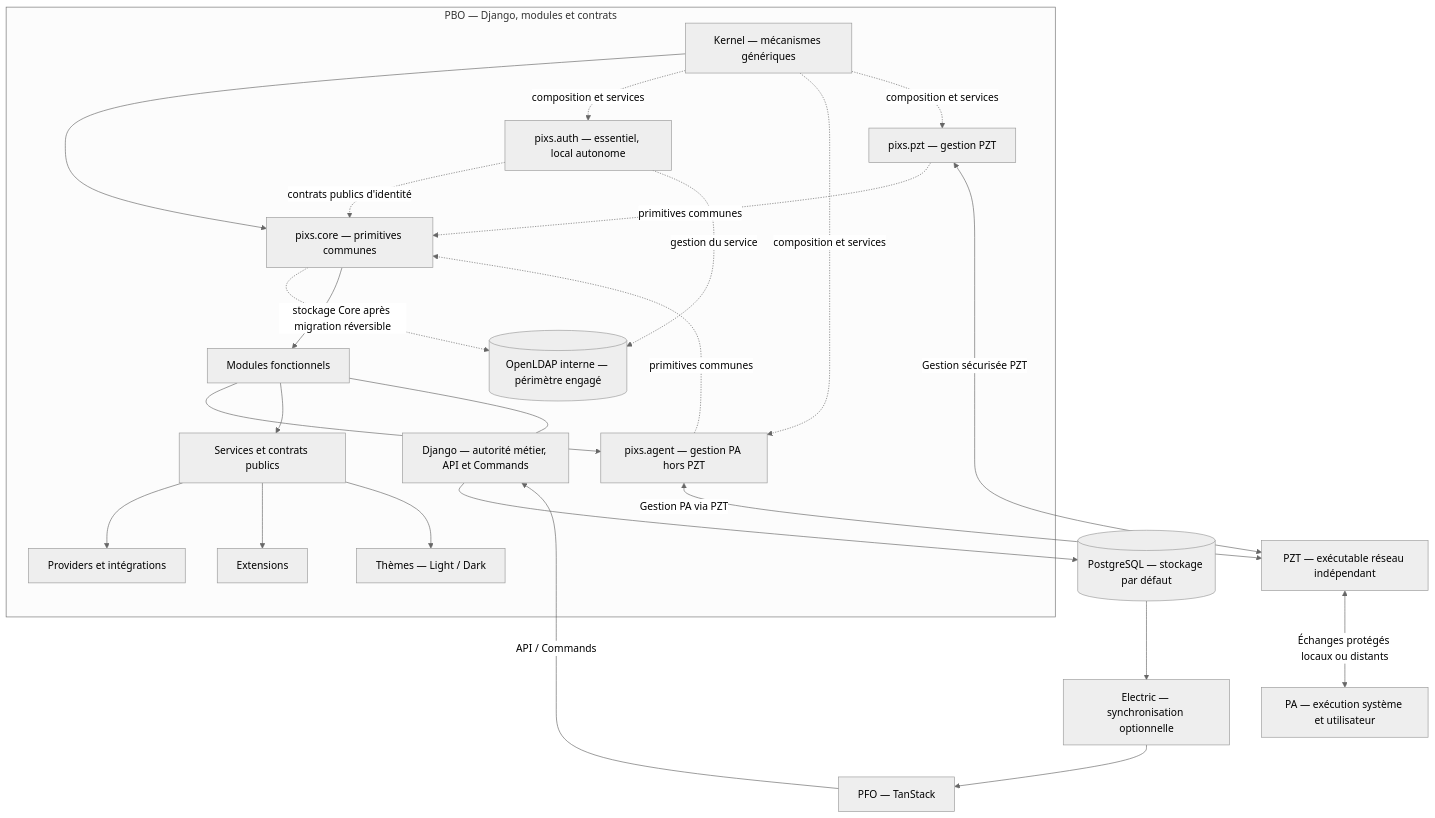
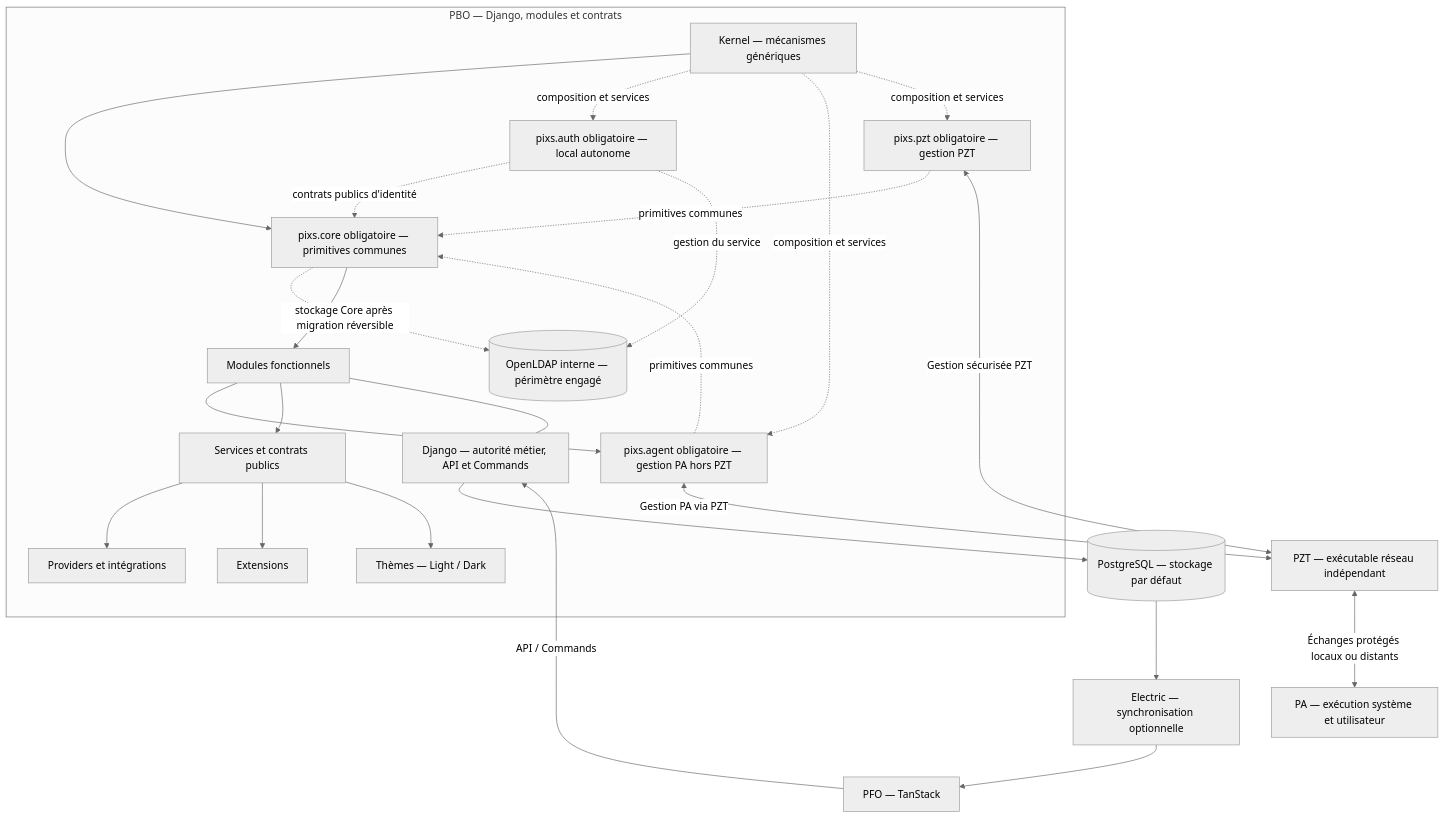
Before and after one commit to AzenorPixs/pixs: the second of 3 diagrams in PROJECT.md, drawn with Mermaid (neutral theme). The commit also changed other lines of this file and 4 other files, not shown here.

````diff
--- a/PROJECT.md
+++ b/PROJECT.md
@@ -3541,27 +3580,27 @@
 ```mermaid
 flowchart TB
     subgraph B["PBO — Django, modules et contrats"]
-        K["Kernel — mécanismes génériques"] --> C["pixs.core — primitives communes"]
-        K -. "composition et services" .-> AU["pixs.auth — essentiel, local autonome"]
+        K["Kernel — mécanismes génériques"] --> C["pixs.core obligatoire — primitives communes"]
+        K -. "composition et services" .-> AU["pixs.auth obligatoire — local autonome"]
         AU -. "contrats publics d'identité" .-> C
         C -. "stockage Core après migration réversible" .-> LD[("OpenLDAP interne — périmètre engagé")]
         AU -. "gestion du service" .-> LD
         C --> M["Modules fonctionnels"]
-        K -. "composition et services" .-> A["pixs.agent — gestion PA hors PZT"]
-        K -. "composition et services" .-> Z["pixs.pzt — gestion PZT"]
+        K -. "composition et services" .-> A["pixs.agent obligatoire — gestion PA hors PZT"]
+        K -. "composition et services" .-> Z["pixs.pzt obligatoire — gestion PZT"]
         A -. "primitives communes" .-> C
         Z -. "primitives communes" .-> C
         M --> A
         M --> S["Services et contrats publics"]
         S --> V["Providers et intégrations"]
         S --> X["Extensions"]
         S --> TH["Thèmes — Light / Dark"]
         M --- DJ["Django — autorité métier, API et Commands"]
     end
     DJ --> DB[("PostgreSQL — stockage par défaut")]
     FE["PFO — TanStack"] -->|"API / Commands"| DJ
     DB --> E["Electric — synchronisation optionnelle"] --> FE
     A <-->|"Gestion PA via PZT"| T["PZT — exécutable réseau indépendant"]
     Z <-->|"Gestion sécurisée PZT"| T
     T <-->|"Échanges protégés locaux ou distants"| P["PA — exécution système et utilisateur"]
 ```
````
